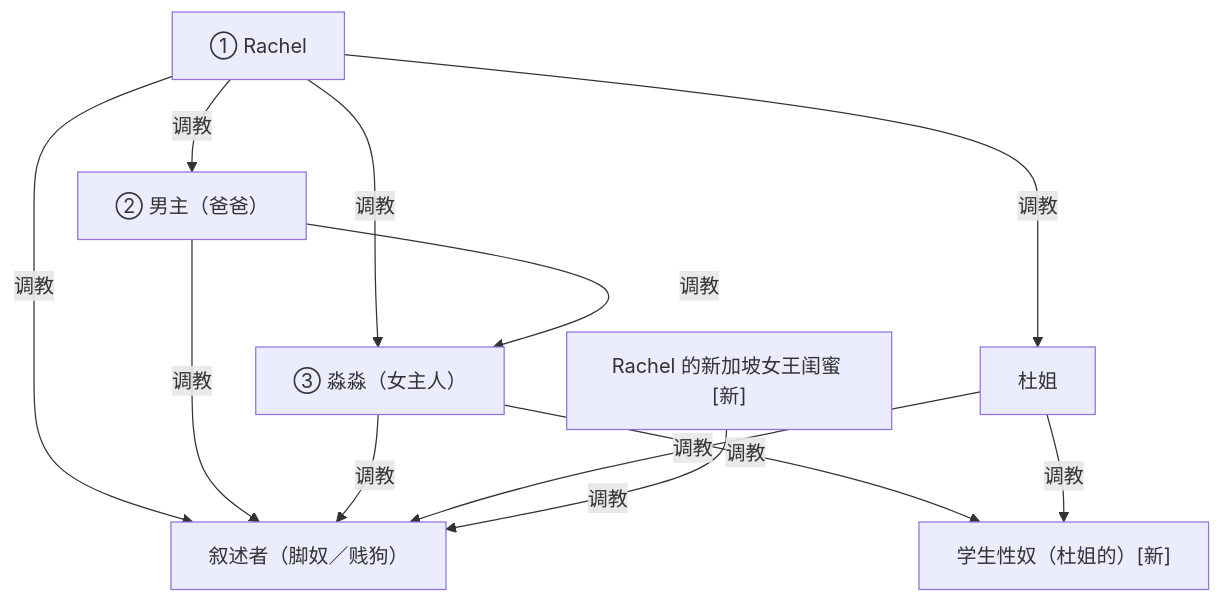
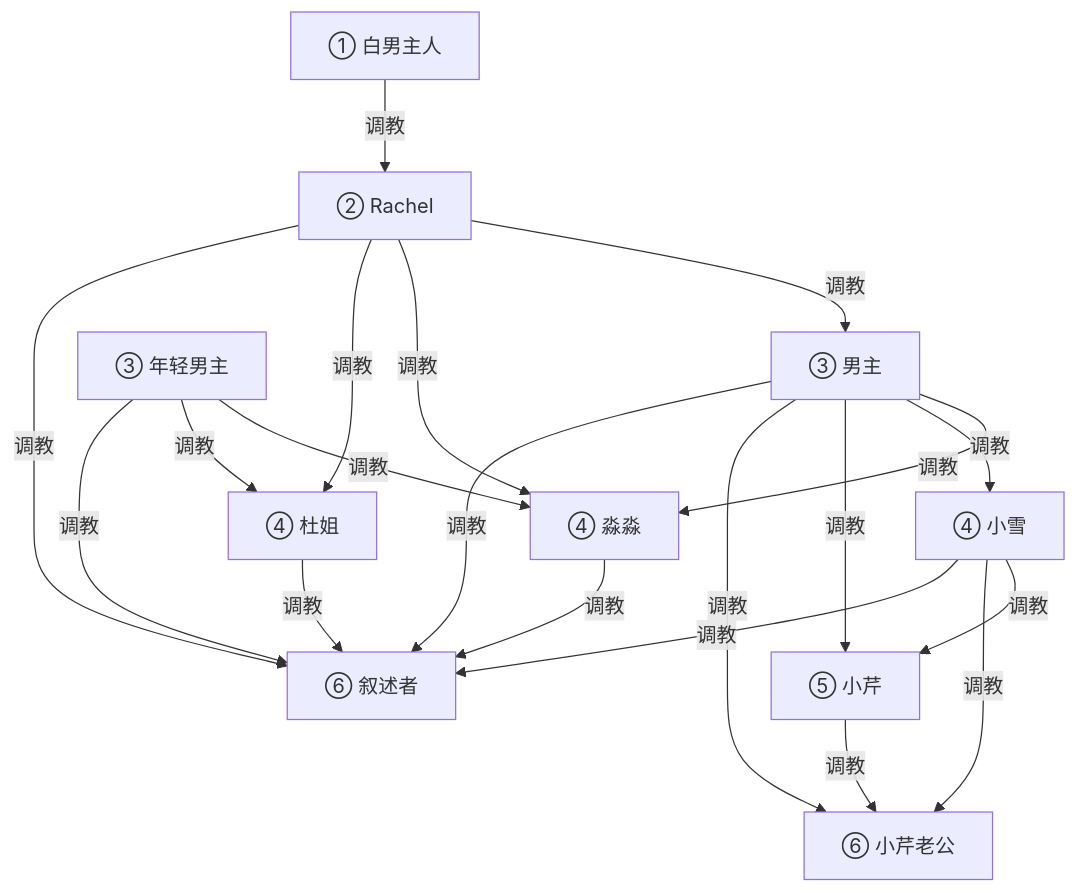
The diagram in _posts/ideas/becoming-a-cuckold-slave-part2-ideas.md (victor-w-ma/victor-w-ma.github.io), drawn with Mermaid before and after one commit. The commit also changed other lines of this file, not shown here.

````diff
--- a/_posts/ideas/becoming-a-cuckold-slave-part2-ideas.md
+++ b/_posts/ideas/becoming-a-cuckold-slave-part2-ideas.md
@@ -89,22 +104,33 @@
 ```mermaid
 graph TD
-    rachel["① Rachel"]
-    nanzhu["② 男主（爸爸）"]
-    miao["③ 淼淼（女主人）"]
-    dujie["杜姐"]
-    sgqueen["Rachel 的新加坡女王闺蜜 [新]"]
-    student["学生性奴（杜姐的）[新]"]
-    me["叙述者（脚奴／贱狗）"]
+    whitedom["① 白男主人"]
+    rachel["② Rachel"]
+    nanzhu["③ 男主"]
+    youngdom["③ 年轻男主"]
+    miao["④ 淼淼"]
+    dujie["④ 杜姐"]
+    xiaoxue["④ 小雪"]
+    xiaoqin["⑤ 小芹"]
+    xiaoqin_hb["⑥ 小芹老公"]
+    me["⑥ 叙述者"]
 
+    whitedom -->|调教| rachel
     rachel -->|调教| nanzhu
     rachel -->|调教| miao
     rachel -->|调教| dujie
     rachel -->|调教| me
     nanzhu -->|调教| miao
+    nanzhu -->|调教| xiaoxue
+    nanzhu -->|调教| xiaoqin
+    nanzhu -->|调教| xiaoqin_hb
     nanzhu -->|调教| me
+    youngdom -->|调教| miao
+    youngdom -->|调教| dujie
+    youngdom -->|调教| me
     miao -->|调教| me
-    miao -->|调教| student
     dujie -->|调教| me
-    dujie -->|调教| student
-    sgqueen -->|调教| me
+    xiaoxue -->|调教| xiaoqin
+    xiaoxue -->|调教| xiaoqin_hb
+    xiaoxue -->|调教| me
+    xiaoqin -->|调教| xiaoqin_hb
 ```
````
